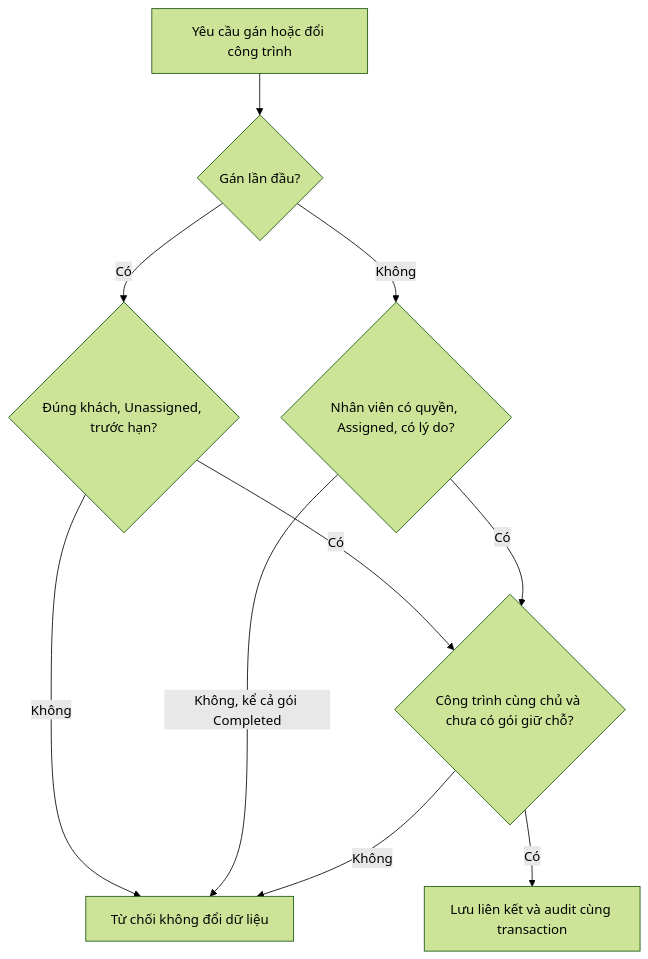
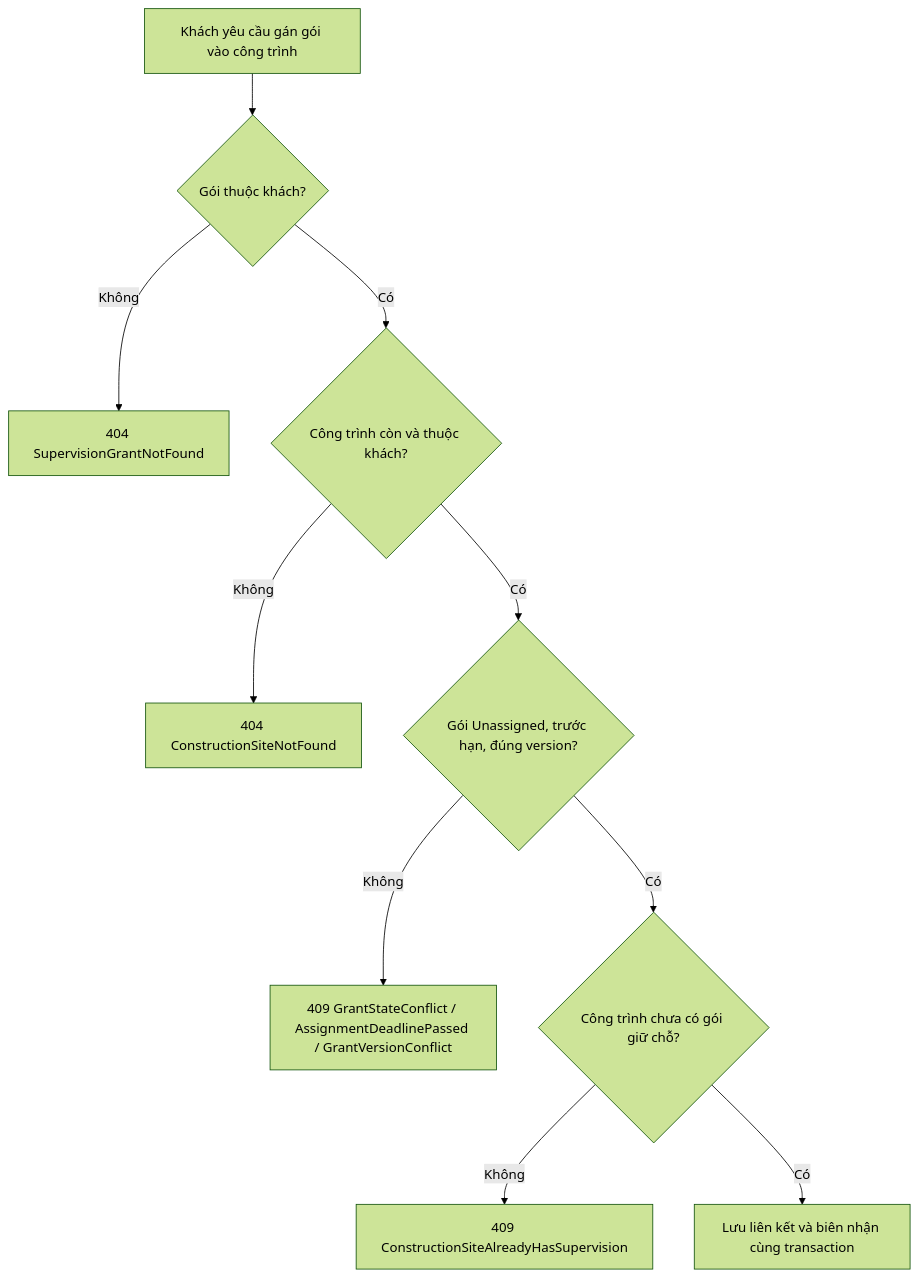
One commit to TaskCoper/bmt-documentation changed the third of 5 diagrams in tdd/TDD-SUB-004.md. Above: the diagram before and after it, drawn with Mermaid (forest theme). The commit also changed other lines of this file and 15 other files, not shown here.

````diff
--- a/tdd/TDD-SUB-004.md
+++ b/tdd/TDD-SUB-004.md
@@ -143,12 +160,12 @@
 ```mermaid
 flowchart TD
-    A[Yêu cầu gán hoặc đổi công trình] --> B{Gán lần đầu?}
-    B -->|Có| C{Đúng khách, Unassigned, trước hạn?}
-    B -->|Không| D{Nhân viên có quyền, Assigned, có lý do?}
-    C -->|Không| X[Từ chối không đổi dữ liệu]
-    D -->|Không, kể cả gói Completed| X
-    C -->|Có| E{Công trình cùng chủ và chưa có gói giữ chỗ?}
-    D -->|Có| E
-    E -->|Không| X
-    E -->|Có| F[Lưu liên kết và audit cùng transaction]
+    A[Khách yêu cầu gán gói vào công trình] --> B{Gói thuộc khách?}
+    B -->|Không| X404[404 SupervisionGrantNotFound]
+    B -->|Có| C{Công trình còn và thuộc khách?}
+    C -->|Không| Y404[404 ConstructionSiteNotFound]
+    C -->|Có| D{Gói Unassigned, trước hạn, đúng version?}
+    D -->|Không| X409[409 GrantStateConflict / AssignmentDeadlinePassed / GrantVersionConflict]
+    D -->|Có| E{Công trình chưa có gói giữ chỗ?}
+    E -->|Không| Z409[409 ConstructionSiteAlreadyHasSupervision]
+    E -->|Có| F[Lưu liên kết và biên nhận cùng transaction]
 ```
````
